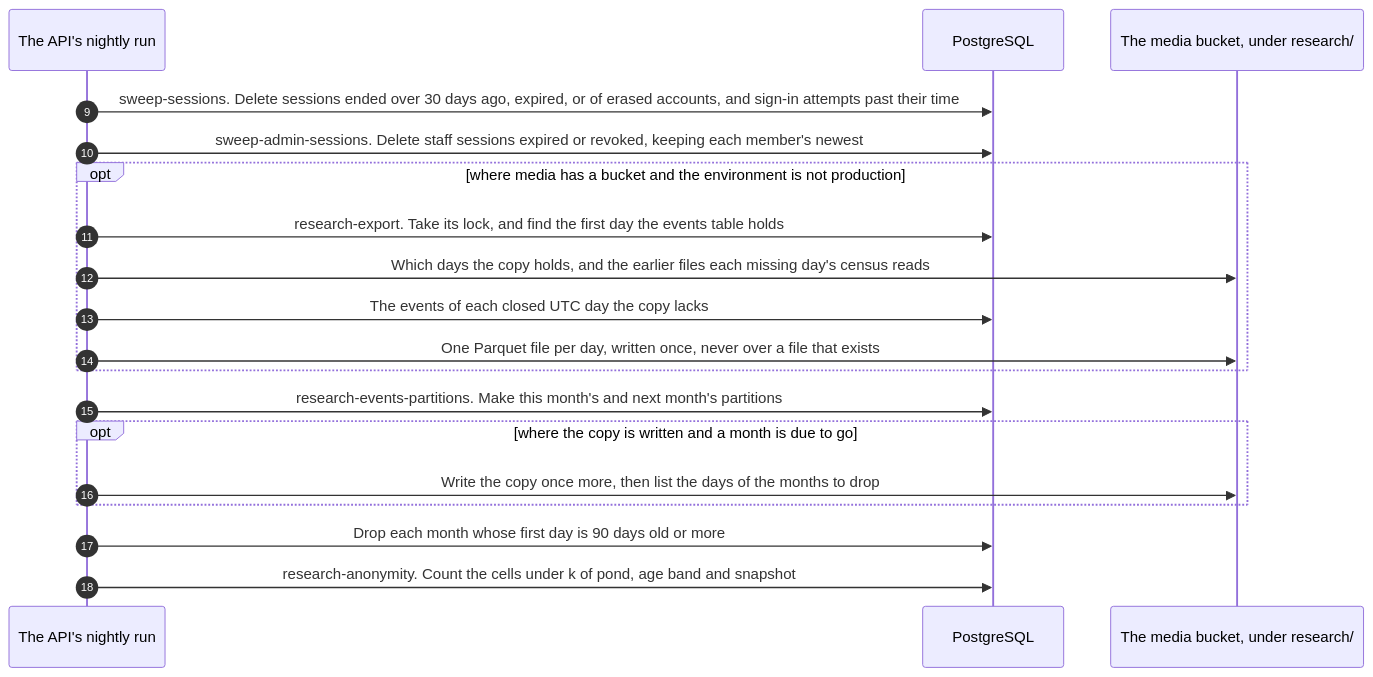
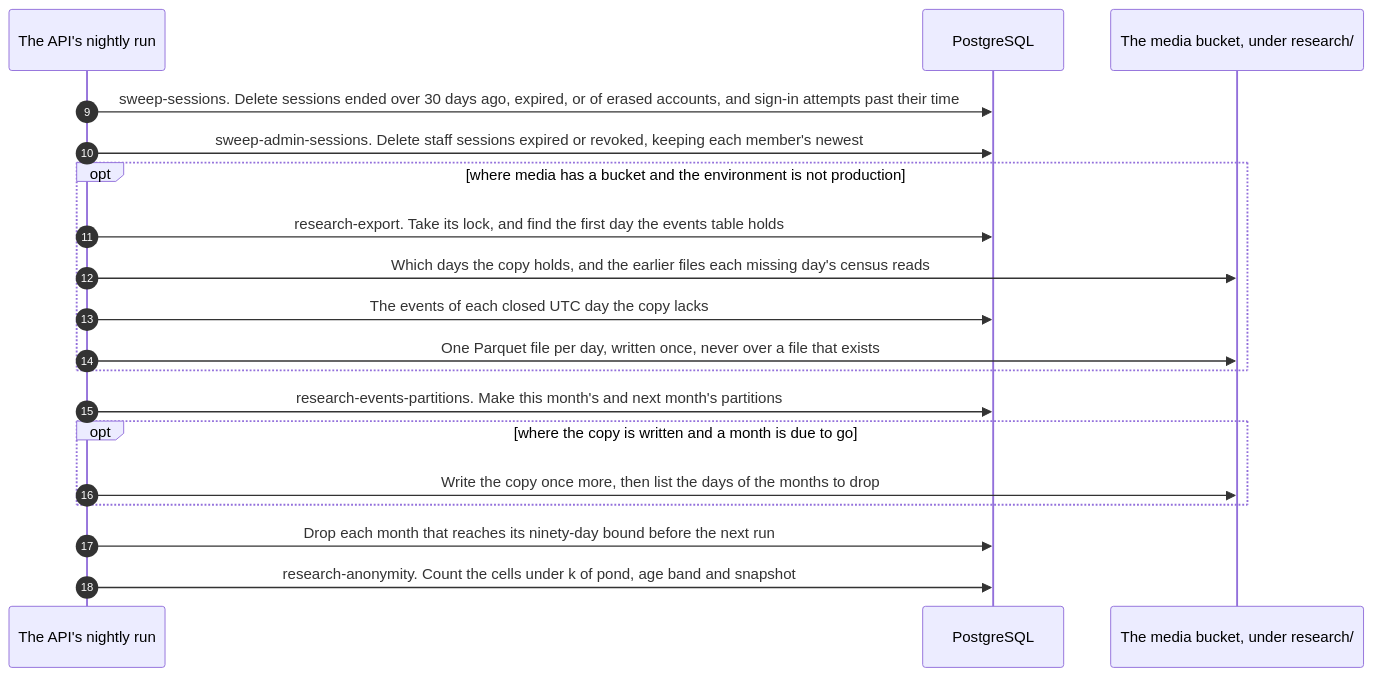
The second of 4 diagrams in docs/architecture/sequence-night.md (kuutti-ry/kuutti-app), drawn with Mermaid before and after one commit. The commit also changed other lines of this file and 158 other files, not shown here.

````diff
--- a/docs/architecture/sequence-night.md
+++ b/docs/architecture/sequence-night.md
@@ -73,23 +73,23 @@
 ```mermaid
 sequenceDiagram
   accTitle: The night's jobs, part 2: sessions and research
   accDescr: The first two jobs delete ended sessions and expired sign-in attempts. Where the research copy is written, the export writes each closed day missing from it as one Parquet file. The partitions job makes the coming month's partition and drops each month past ninety days, checking the copy first where there is one. The anonymity census warns of cells under k.
   autonumber 9
   participant api as The API's nightly run
   participant db as PostgreSQL
   participant bucket as The media bucket, under research/
   api->>db: sweep-sessions. Delete sessions ended over 30 days ago, expired, or of erased accounts, and sign-in attempts past their time
   api->>db: sweep-admin-sessions. Delete staff sessions expired or revoked, keeping each member's newest
   opt where media has a bucket and the environment is not production
     api->>db: research-export. Take its lock, and find the first day the events table holds
     api->>bucket: Which days the copy holds, and the earlier files each missing day's census reads
     api->>db: The events of each closed UTC day the copy lacks
     api->>bucket: One Parquet file per day, written once, never over a file that exists
   end
   api->>db: research-events-partitions. Make this month's and next month's partitions
   opt where the copy is written and a month is due to go
     api->>bucket: Write the copy once more, then list the days of the months to drop
   end
-  api->>db: Drop each month whose first day is 90 days old or more
+  api->>db: Drop each month that reaches its ninety-day bound before the next run
   api->>db: research-anonymity. Count the cells under k of pond, age band and snapshot
 ```
````
